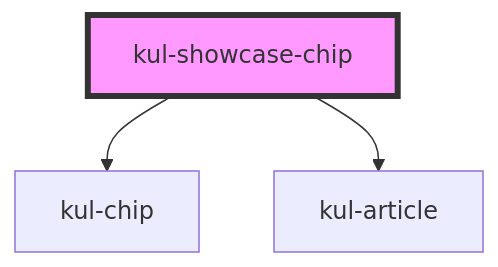
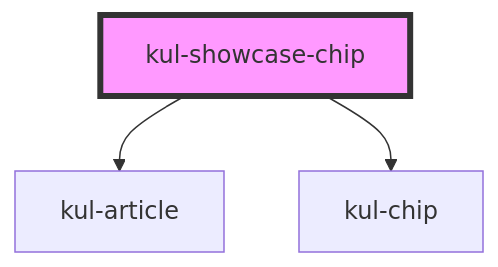
The diagram in packages/ketchup-lite/src/components/kul-showcase/components/chip/readme.md (lucafoscili/ketchup-lite), drawn with Mermaid before and after one commit. The commit also changed other lines of this file and 46 other files, not shown here.

````diff
--- a/packages/ketchup-lite/src/components/kul-showcase/components/chip/readme.md
+++ b/packages/ketchup-lite/src/components/kul-showcase/components/chip/readme.md
@@ -27,6 +24,6 @@
 ```mermaid
 graph TD;
+  kul-showcase-chip --> kul-article
   kul-showcase-chip --> kul-chip
-  kul-showcase-chip --> kul-article
   style kul-showcase-chip fill:#f9f,stroke:#333,stroke-width:4px
 ```
````
